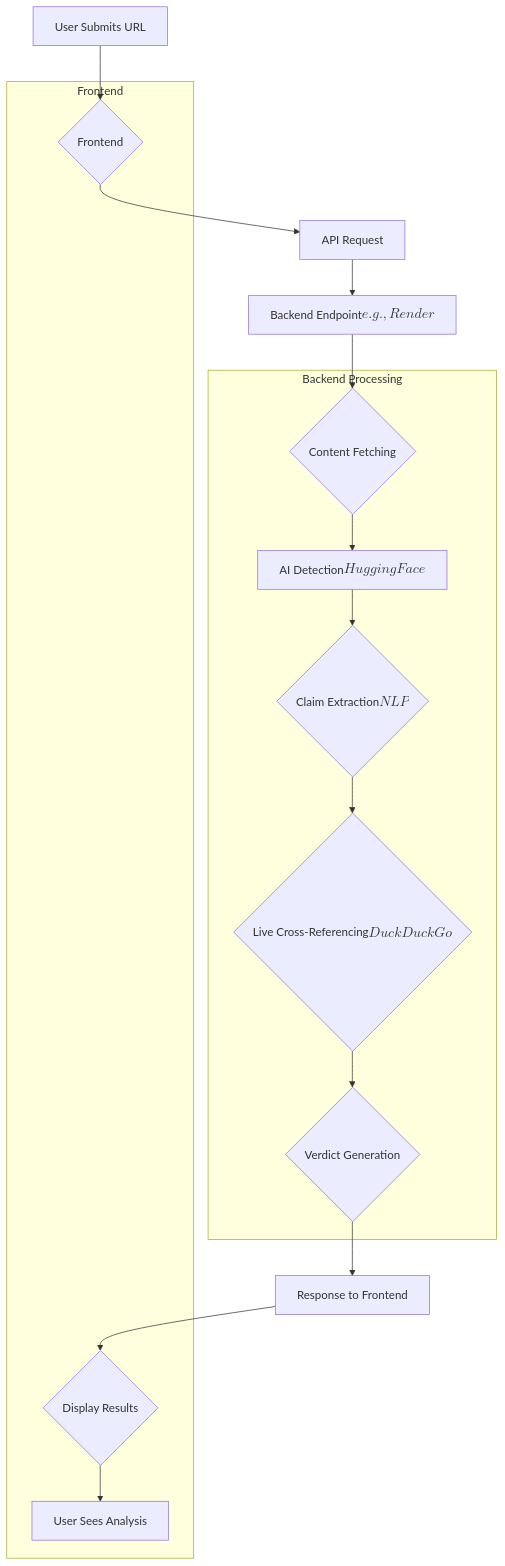
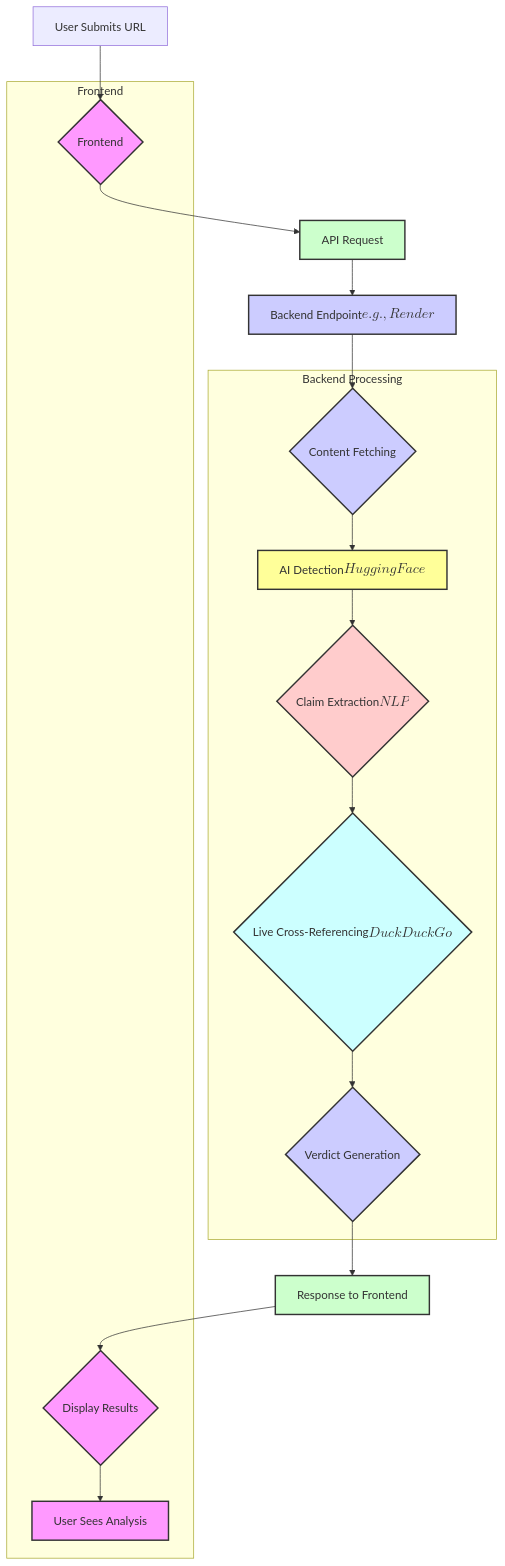
The diagram in methodology.md (Arjun-K-Varkey/realaicheck.github.io), drawn with Mermaid before and after one commit.

````diff
--- a/methodology.md
+++ b/methodology.md
@@ -29,28 +29,51 @@
 ```mermaid
 graph TD
+    %% Define styles
+    classDef frontend fill:#f9f,stroke:#333,stroke-width:2px;
+    classDef backend fill:#ccf,stroke:#333,stroke-width:2px;
+    classDef api fill:#cfc,stroke:#333,stroke-width:2px;
+    classDef ai fill:#ff9,stroke:#333,stroke-width:2px;
+    classDef nlp fill:#fcc,stroke:#333,stroke-width:2px;
+    classDef crossref fill:#cff,stroke:#333,stroke-width:2px;
+
+    %% Nodes
     A[User Submits URL] --> B{Frontend};
     B --> C[API Request];
     C --> D[Backend Endpoint $$e.g., Render$$];
     D --> E{Content Fetching};
     E --> F[AI Detection $$Hugging Face$$];
     F --> G{Claim Extraction $$NLP$$};
     G --> H{Live Cross-Referencing $$DuckDuckGo$$};
     H --> I{Verdict Generation};
     I --> J[Response to Frontend];
     J --> K{Display Results};
     K --> L[User Sees Analysis];
 
+    %% Apply styles to nodes
+    class B frontend;
+    class C api;
+    class D backend;
+    class E backend;
+    class F ai;
+    class G nlp;
+    class H crossref;
+    class I backend;
+    class J api;
+    class K frontend;
+    class L frontend;
+
+    %% Subgraphs
     subgraph Backend Processing
         E
         F
         G
         H
         I
     end
 
     subgraph Frontend
         B
         K
         L
     end
 ```
````
